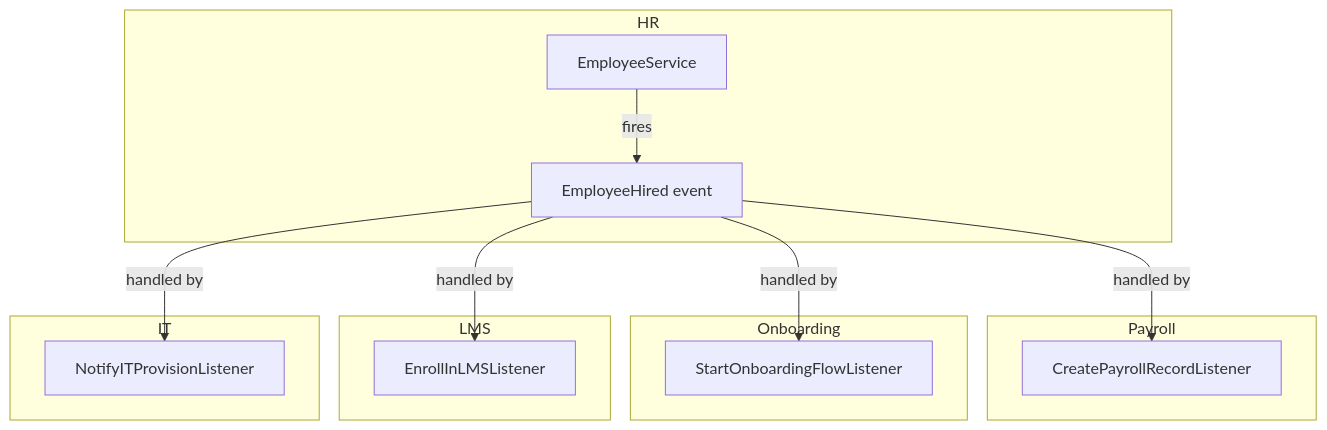
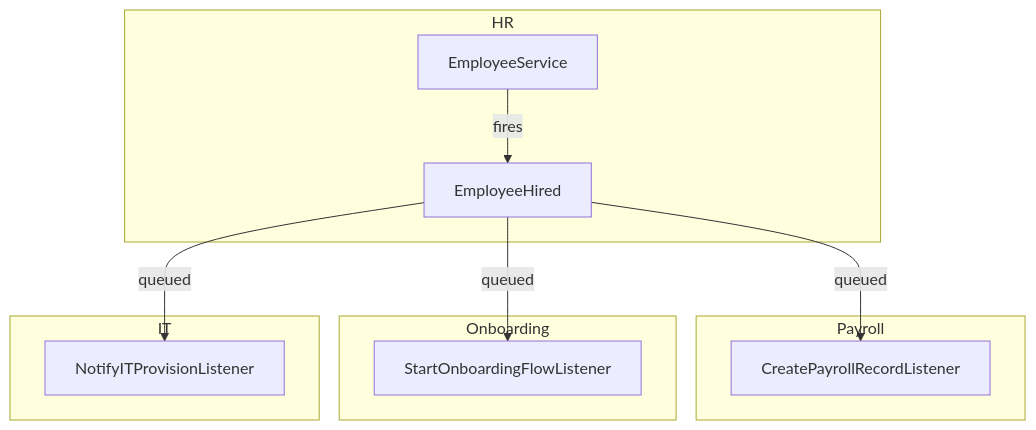
One commit to Max-Nijenkamp/FlowFlex changed the diagram in vault/architecture/event-bus.md. Above: the diagram before and after it, drawn with Mermaid. The commit also changed other lines of this file and 679 other files, not shown here.

````diff
--- a/vault/architecture/event-bus.md
+++ b/vault/architecture/event-bus.md
@@ -15,29 +15,21 @@
 ```mermaid
 graph TD
     subgraph HR
         ES["EmployeeService"]
-        EV1["EmployeeHired event"]
+        EV["EmployeeHired"]
     end
-
     subgraph Payroll
         PL["CreatePayrollRecordListener"]
     end
-
     subgraph Onboarding
         OL["StartOnboardingFlowListener"]
     end
-
-    subgraph LMS
-        LL["EnrollInLMSListener"]
-    end
-
     subgraph IT
         IL["NotifyITProvisionListener"]
     end
 
-    ES -->|fires| EV1
-    EV1 -->|handled by| PL
-    EV1 -->|handled by| OL
-    EV1 -->|handled by| LL
-    EV1 -->|handled by| IL
+    ES -->|fires| EV
+    EV -->|queued| PL
+    EV -->|queued| OL
+    EV -->|queued| IL
 ```
````
